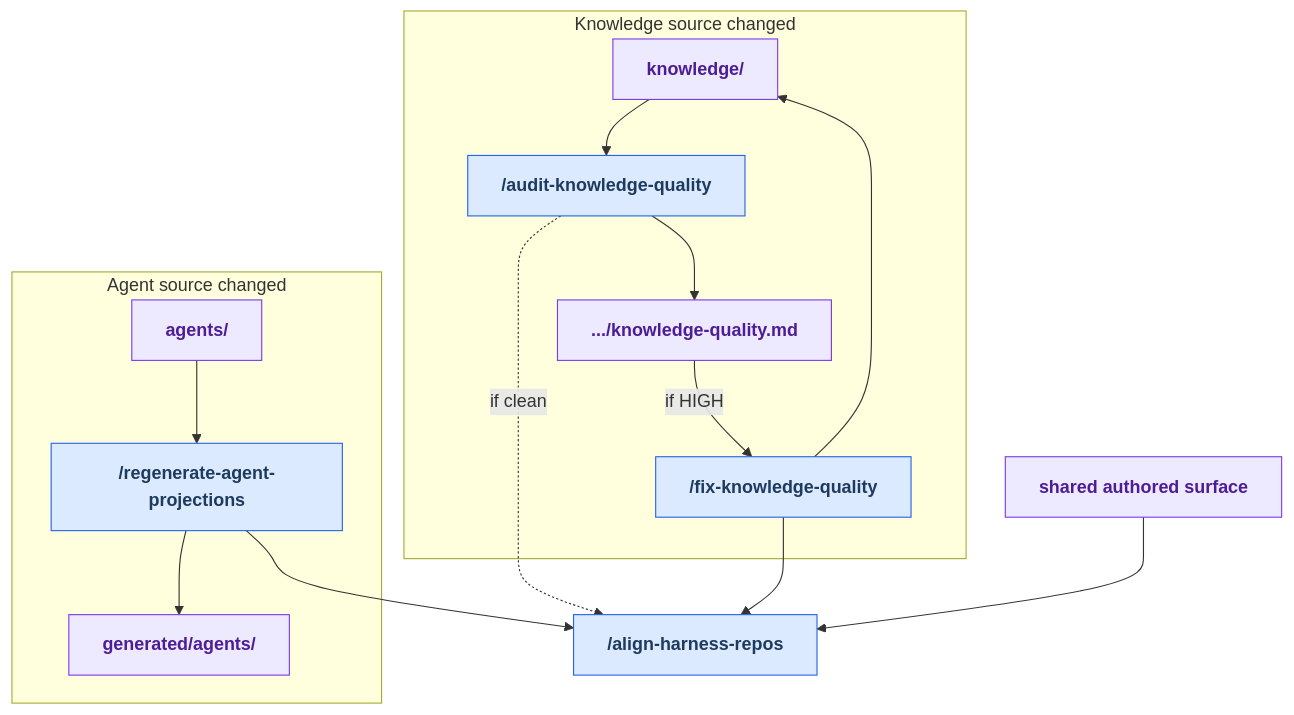
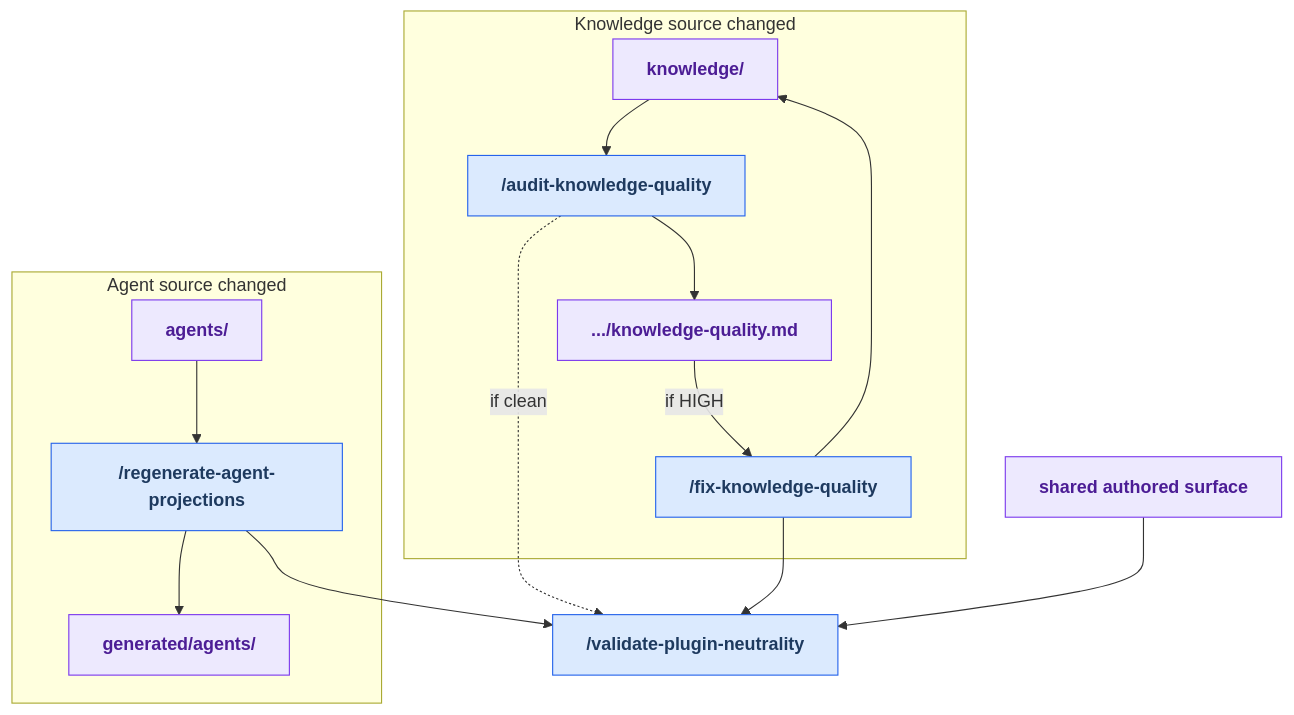
The diagram in docs/maintainer-tooling/derive.md (russell-laing/al-dev-shared), drawn with Mermaid before and after one commit. The commit also changed other lines of this file and 14 other files, not shown here.

Commit message:
🚚 move(skills): align-harness-repos → validate-plugin-neutrality

````diff
--- a/docs/maintainer-tooling/derive.md
+++ b/docs/maintainer-tooling/derive.md
@@ -61,40 +61,40 @@
 ```mermaid
 flowchart TD
     classDef userSkill fill:#dbeafe,stroke:#2563eb,color:#1e3a5f,font-weight:bold
     classDef artifact fill:#ede9fe,stroke:#7c3aed,color:#4c1d95,font-weight:bold
 
     subgraph agent_lane["Agent source changed"]
         art_agent_source["agents/"]
         skill_regenerate_agent_projections["/regenerate-agent-projections"]
         art_generated_agents["generated/agents/"]
     end
     subgraph knowledge_lane["Knowledge source changed"]
         art_knowledge_source["knowledge/"]
         skill_audit_knowledge_quality["/audit-knowledge-quality"]
         art_knowledge_quality_report[".../knowledge-quality.md"]
         skill_fix_knowledge_quality["/fix-knowledge-quality"]
     end
     art_shared_surface["shared authored surface"]
-    skill_align_harness_repos["/align-harness-repos"]
+    skill_align_harness_repos["/validate-plugin-neutrality"]
 
     art_agent_source --> skill_regenerate_agent_projections
     skill_regenerate_agent_projections --> art_generated_agents
     skill_regenerate_agent_projections --> skill_align_harness_repos
     art_knowledge_source --> skill_audit_knowledge_quality
     skill_audit_knowledge_quality --> art_knowledge_quality_report
     art_knowledge_quality_report -- "if HIGH" --> skill_fix_knowledge_quality
     skill_audit_knowledge_quality -. "if clean" .-> skill_align_harness_repos
     skill_fix_knowledge_quality --> art_knowledge_source
     skill_fix_knowledge_quality --> skill_align_harness_repos
     art_shared_surface --> skill_align_harness_repos
 
     class skill_regenerate_agent_projections userSkill
     class skill_audit_knowledge_quality userSkill
     class skill_fix_knowledge_quality userSkill
     class skill_align_harness_repos userSkill
     class art_agent_source artifact
     class art_generated_agents artifact
     class art_knowledge_source artifact
     class art_knowledge_quality_report artifact
     class art_shared_surface artifact
 ```
````
